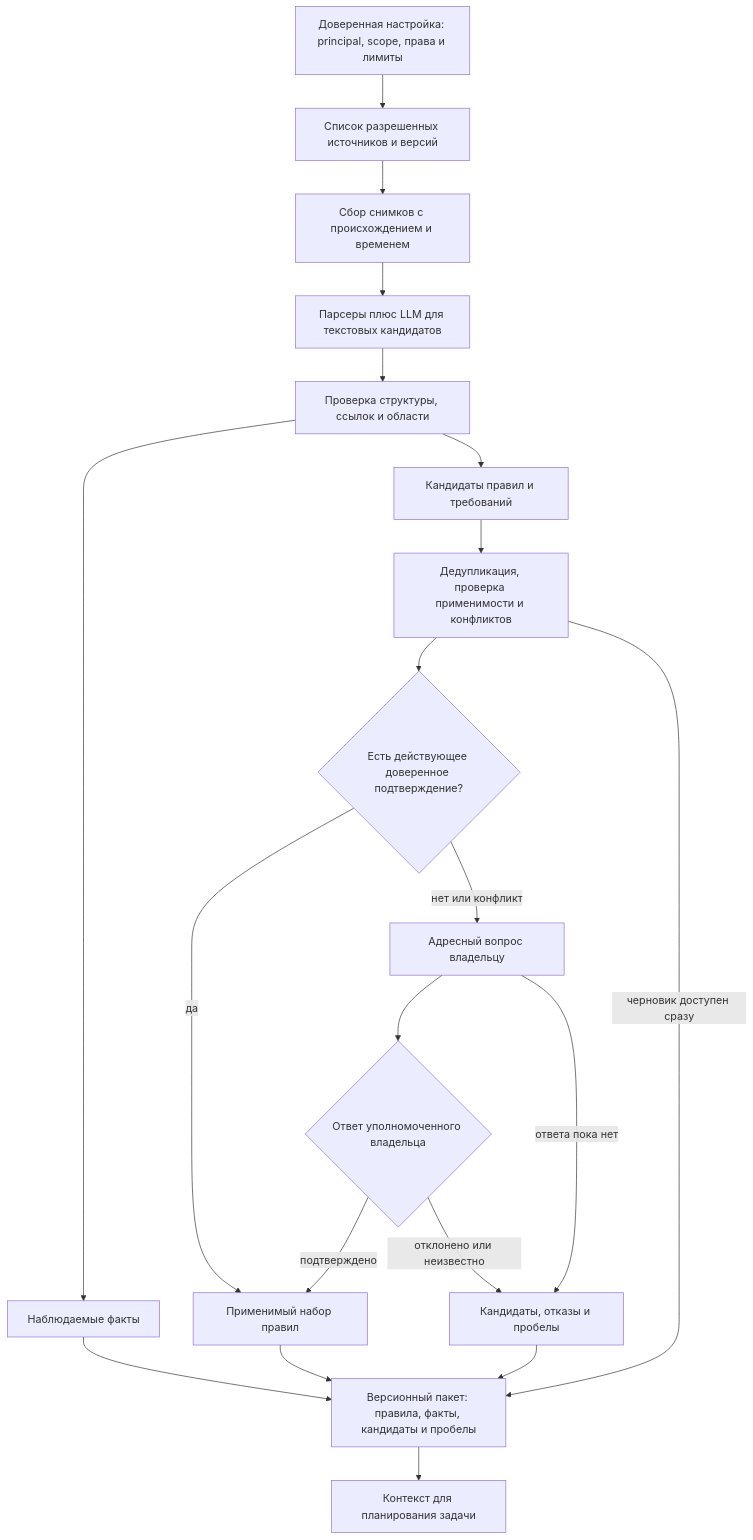
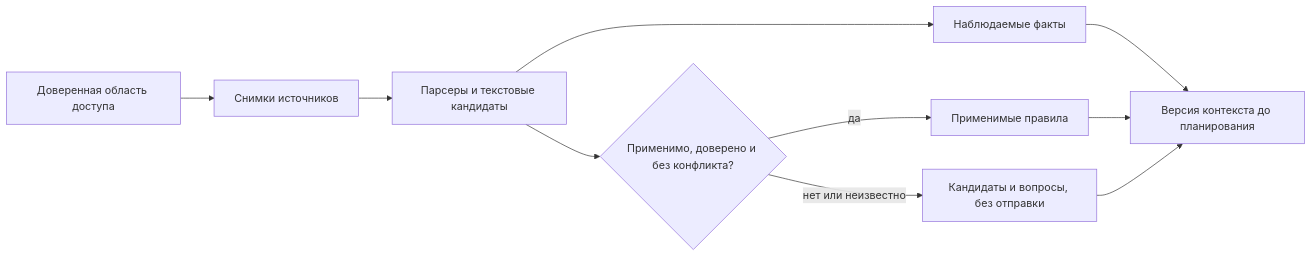
One commit to rengalaxies/agent changed the second of 2 diagrams in docs/product-architecture-2026-10-20.md. Above: the diagram before and after it, drawn with Mermaid. The commit also changed other lines of this file and 21 other files, not shown here.

Commit message:
docs: narrow advisory architecture and validate end-to-end case

````diff
--- a/docs/product-architecture-2026-10-20.md
+++ b/docs/product-architecture-2026-10-20.md
@@ -77,22 +71,12 @@
 ```mermaid
-flowchart TD
-  B["Доверенная настройка: principal, scope, права и лимиты"] --> L["Список разрешенных источников и версий"]
-  L --> C["Сбор снимков с происхождением и временем"]
-  C --> X["Парсеры плюс LLM для текстовых кандидатов"]
-  X --> V["Проверка структуры, ссылок и области"]
-  V --> F["Наблюдаемые факты"]
-  V --> R["Кандидаты правил и требований"]
-  R --> D["Дедупликация, проверка применимости и конфликтов"]
-  D --> A{"Есть действующее доверенное подтверждение?"}
-  A -->|"да"| K["Применимый набор правил"]
-  A -->|"нет или конфликт"| Q["Адресный вопрос владельцу"]
-  Q --> U{"Ответ уполномоченного владельца"}
-  U -->|"подтверждено"| K
-  U -->|"отклонено или неизвестно"| Z["Кандидаты, отказы и пробелы"]
-  Q -->|"ответа пока нет"| Z
-  F --> M["Версионный пакет: правила, факты, кандидаты и пробелы"]
-  K --> M
-  Z --> M
-  D -->|"черновик доступен сразу"| M
-  M --> P["Контекст для планирования задачи"]
+flowchart LR
+  B["Доверенная область доступа"] --> S["Снимки источников"]
+  S --> E["Парсеры и текстовые кандидаты"]
+  E --> F["Наблюдаемые факты"]
+  E --> V{"Применимо, доверено и без конфликта?"}
+  V -->|"да"| R["Применимые правила"]
+  V -->|"нет или неизвестно"| Q["Кандидаты и вопросы, без отправки"]
+  F --> K["Версия контекста до планирования"]
+  R --> K
+  Q --> K
 ```
````
